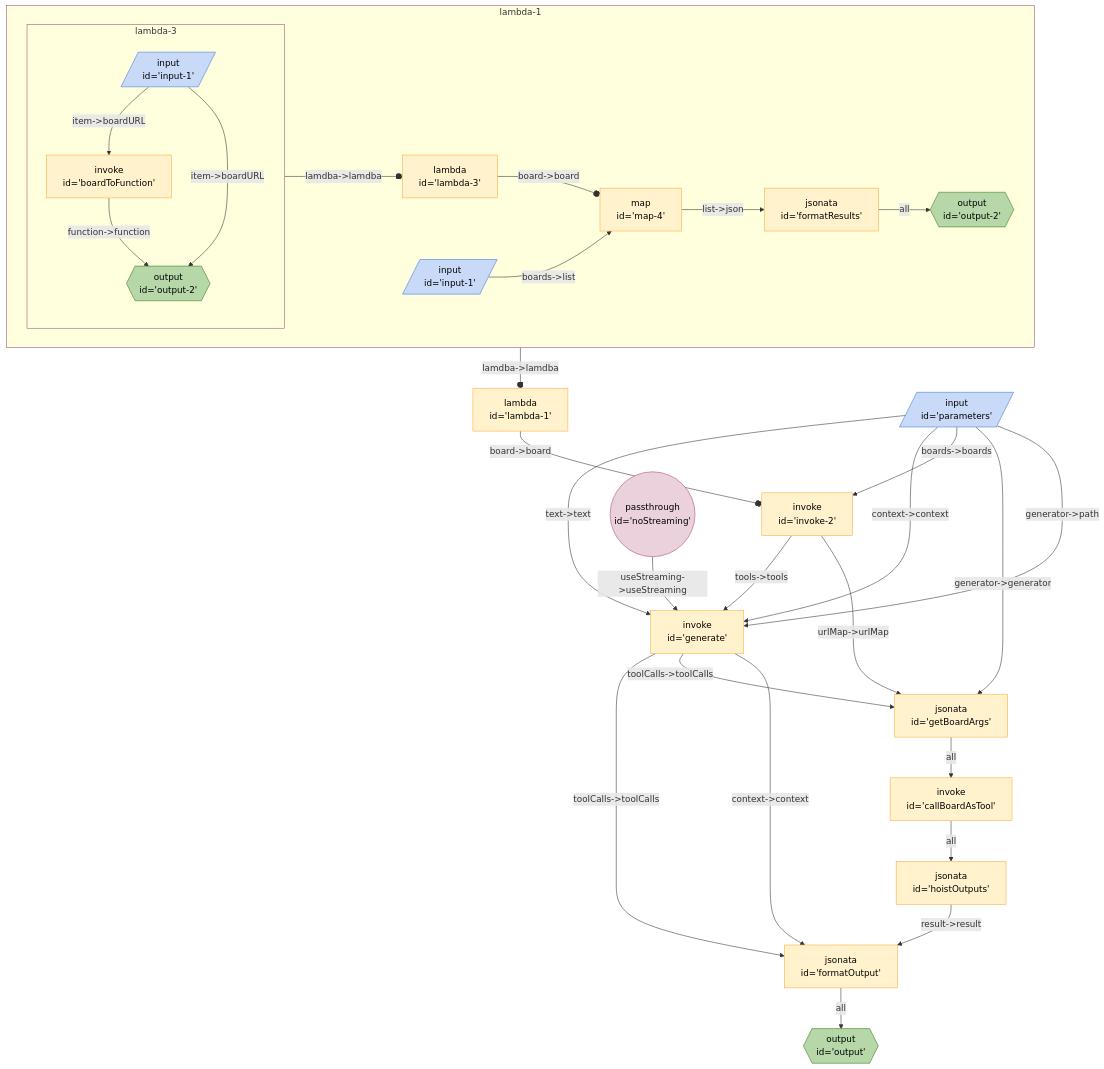
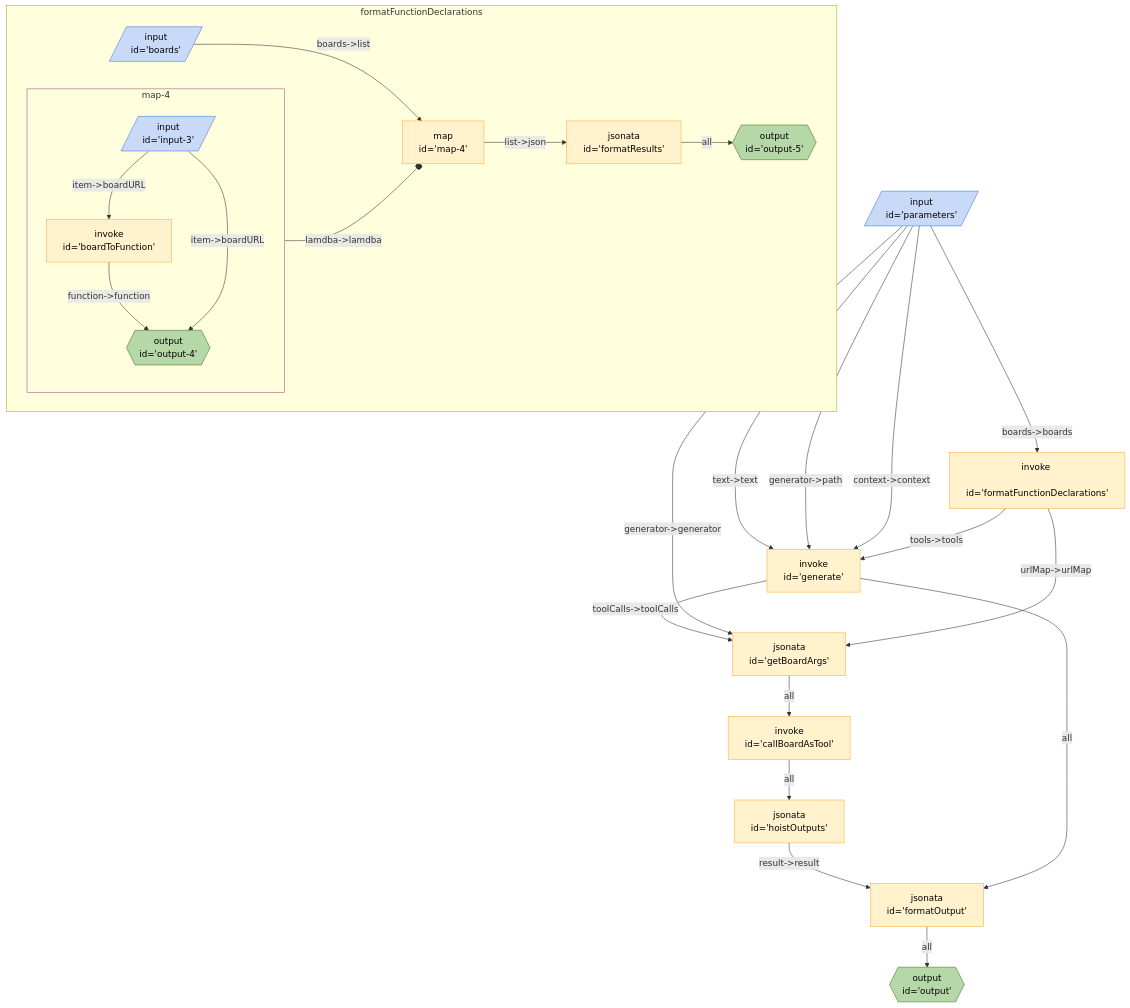
Before and after one commit to breadboard-ai/breadboard: the diagram in packages/breadboard-web/docs/graphs/board-caller.md, drawn with Mermaid. The commit also changed 3 other files, not shown here.

````diff
--- a/packages/breadboard-web/docs/graphs/board-caller.md
+++ b/packages/breadboard-web/docs/graphs/board-caller.md
@@ -3,43 +3,39 @@
 ```mermaid
 %%{init: 'themeVariables': { 'fontFamily': 'Fira Code, monospace' }}%%
 graph TD;
-lambda1["lambda <br> id='lambda-1'"] -- "board->board" --o invoke2["invoke <br> id='invoke-2'"]
-subgraph sg_lambda1 [lambda-1]
-lambda1_lambda3["lambda <br> id='lambda-3'"] -- "board->board" --o lambda1_map4["map <br> id='map-4'"]
-subgraph sg_lambda3 [lambda-3]
-lambda1_lambda3_boardToFunction["invoke <br> id='boardToFunction'"] -- "function->function" --> lambda1_lambda3_output2{{"output <br> id='output-2'"}}:::output
-lambda1_lambda3_input1[/"input <br> id='input-1'"/]:::input -- "item->boardURL" --> lambda1_lambda3_boardToFunction["invoke <br> id='boardToFunction'"]
-lambda1_lambda3_input1[/"input <br> id='input-1'"/]:::input -- "item->boardURL" --> lambda1_lambda3_output2{{"output <br> id='output-2'"}}:::output
-end
-sg_lambda3:::slotted -- "lamdba->lamdba" --o lambda1_lambda3
-
-lambda1_formatResults["jsonata <br> id='formatResults'"] -- all --> lambda1_output2{{"output <br> id='output-2'"}}:::output
-lambda1_map4["map <br> id='map-4'"] -- "list->json" --> lambda1_formatResults["jsonata <br> id='formatResults'"]
-lambda1_input1[/"input <br> id='input-1'"/]:::input -- "boards->list" --> lambda1_map4["map <br> id='map-4'"]
-end
-sg_lambda1:::slotted -- "lamdba->lamdba" --o lambda1
-
-noStreaming(("passthrough <br> id='noStreaming'")):::passthrough -- "useStreaming->useStreaming" --> generate["invoke <br> id='generate'"]
-generate["invoke <br> id='generate'"] -- "toolCalls->toolCalls" --> formatOutput["jsonata <br> id='formatOutput'"]
-parameters[/"input <br> id='parameters'"/]:::input -- "text->text" --> generate["invoke <br> id='generate'"]
-parameters[/"input <br> id='parameters'"/]:::input -- "context->context" --> generate["invoke <br> id='generate'"]
-invoke2["invoke <br> id='invoke-2'"] -- "tools->tools" --> generate["invoke <br> id='generate'"]
-invoke2["invoke <br> id='invoke-2'"] -- "urlMap->urlMap" --> getBoardArgs["jsonata <br> id='getBoardArgs'"]
-parameters[/"input <br> id='parameters'"/]:::input -- "boards->boards" --> invoke2["invoke <br> id='invoke-2'"]
 formatOutput["jsonata <br> id='formatOutput'"] -- all --> output{{"output <br> id='output'"}}:::output
 hoistOutputs["jsonata <br> id='hoistOutputs'"] -- "result->result" --> formatOutput["jsonata <br> id='formatOutput'"]
+generate["invoke <br> id='generate'"] -- "toolCalls->toolCalls" --> getBoardArgs["jsonata <br> id='getBoardArgs'"]
+generate["invoke <br> id='generate'"] -- all --> formatOutput["jsonata <br> id='formatOutput'"]
 callBoardAsTool["invoke <br> id='callBoardAsTool'"] -- all --> hoistOutputs["jsonata <br> id='hoistOutputs'"]
+parameters[/"input <br> id='parameters'"/]:::input -- "boards->boards" --> formatFunctionDeclarations["invoke <br> id='formatFunctionDeclarations'"]
+parameters[/"input <br> id='parameters'"/]:::input -- "text->text" --> generate["invoke <br> id='generate'"]
+parameters[/"input <br> id='parameters'"/]:::input -- "generator->path" --> generate["invoke <br> id='generate'"]
+parameters[/"input <br> id='parameters'"/]:::input -- "context->context" --> generate["invoke <br> id='generate'"]
+parameters[/"input <br> id='parameters'"/]:::input -- "generator->generator" --> getBoardArgs["jsonata <br> id='getBoardArgs'"]
+formatFunctionDeclarations["invoke <br> id='formatFunctionDeclarations'"] -- "tools->tools" --> generate["invoke <br> id='generate'"]
+formatFunctionDeclarations["invoke <br> id='formatFunctionDeclarations'"] -- "urlMap->urlMap" --> getBoardArgs["jsonata <br> id='getBoardArgs'"]
 getBoardArgs["jsonata <br> id='getBoardArgs'"] -- all --> callBoardAsTool["invoke <br> id='callBoardAsTool'"]
-parameters[/"input <br> id='parameters'"/]:::input -- "generator->generator" --> getBoardArgs["jsonata <br> id='getBoardArgs'"]
-generate["invoke <br> id='generate'"] -- "toolCalls->toolCalls" --> getBoardArgs["jsonata <br> id='getBoardArgs'"]
-generate["invoke <br> id='generate'"] -- "context->context" --> formatOutput["jsonata <br> id='formatOutput'"]
-parameters[/"input <br> id='parameters'"/]:::input -- "generator->path" --> generate["invoke <br> id='generate'"]
+
+subgraph sg_formatFunctionDeclarations [formatFunctionDeclarations]
+formatFunctionDeclarations_formatResults["jsonata <br> id='formatResults'"] -- all --> formatFunctionDeclarations_output5{{"output <br> id='output-5'"}}:::output
+formatFunctionDeclarations_map4["map <br> id='map-4'"] -- "list->json" --> formatFunctionDeclarations_formatResults["jsonata <br> id='formatResults'"]
+subgraph sg_map4 [map-4]
+formatFunctionDeclarations_map4_boardToFunction["invoke <br> id='boardToFunction'"] -- "function->function" --> formatFunctionDeclarations_map4_output4{{"output <br> id='output-4'"}}:::output
+formatFunctionDeclarations_map4_input3[/"input <br> id='input-3'"/]:::input -- "item->boardURL" --> formatFunctionDeclarations_map4_boardToFunction["invoke <br> id='boardToFunction'"]
+formatFunctionDeclarations_map4_input3[/"input <br> id='input-3'"/]:::input -- "item->boardURL" --> formatFunctionDeclarations_map4_output4{{"output <br> id='output-4'"}}:::output
+end
+sg_map4:::slotted -- "lamdba->lamdba" --o formatFunctionDeclarations_map4
+
+formatFunctionDeclarations_boards[/"input <br> id='boards'"/]:::input -- "boards->list" --> formatFunctionDeclarations_map4["map <br> id='map-4'"]
+end
+
 classDef default stroke:#ffab40,fill:#fff2ccff,color:#000
 classDef input stroke:#3c78d8,fill:#c9daf8ff,color:#000
 classDef output stroke:#38761d,fill:#b6d7a8ff,color:#000
 classDef passthrough stroke:#a64d79,fill:#ead1dcff,color:#000
 classDef slot stroke:#a64d79,fill:#ead1dcff,color:#000
 classDef config stroke:#a64d79,fill:#ead1dcff,color:#000
 classDef secrets stroke:#db4437,fill:#f4cccc,color:#000
 classDef slotted stroke:#a64d79
 ```
````
